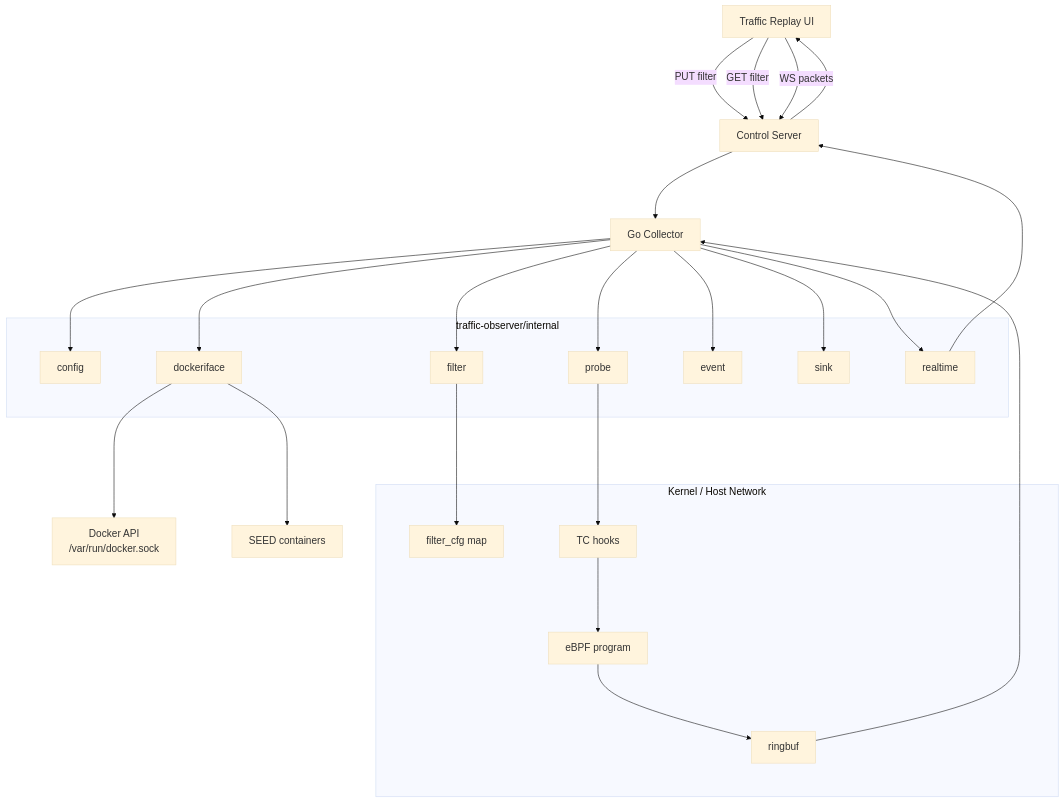
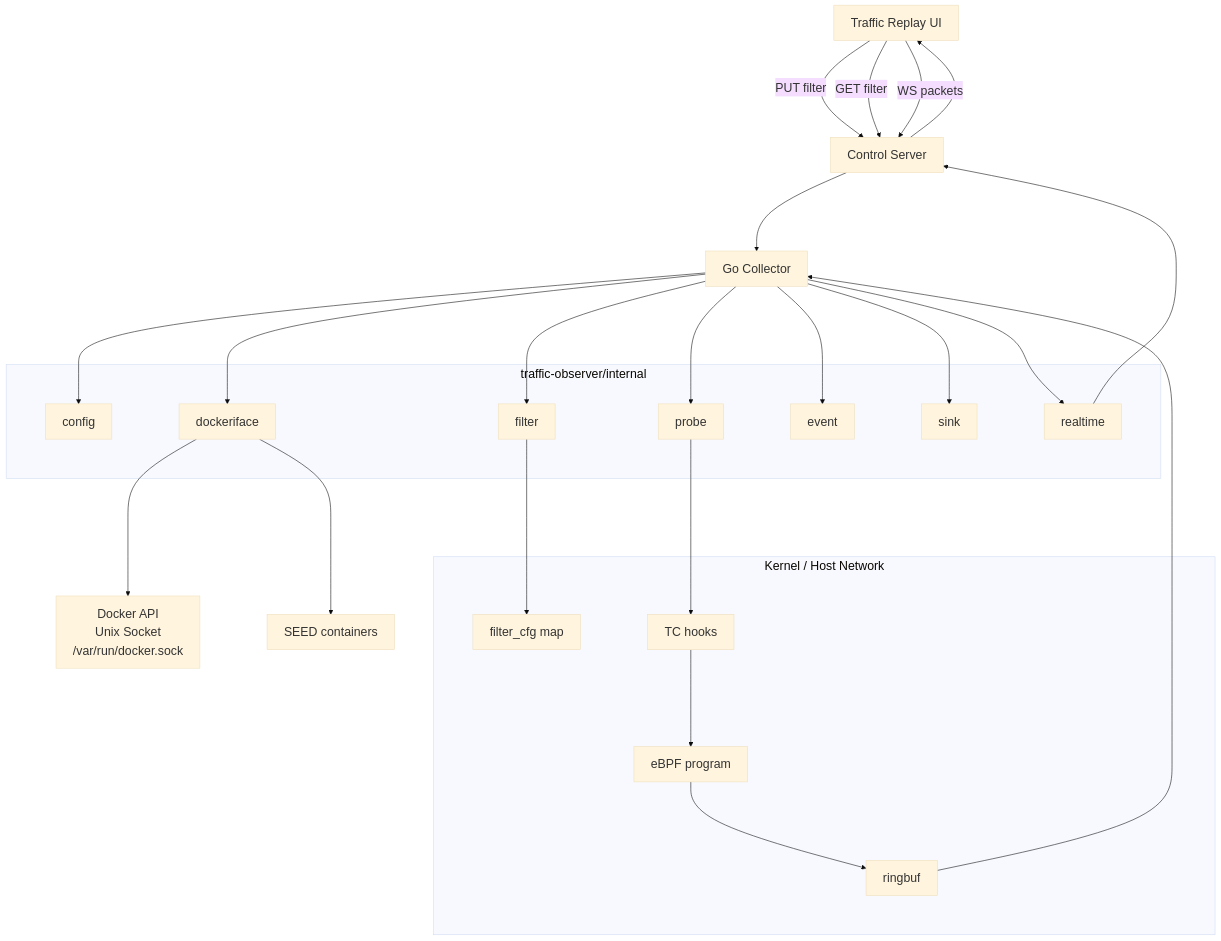
The eighth of 10 diagrams in docs/architecture.md (cy-gitlab/seed-visualization), drawn with Mermaid before and after one commit. The commit also changed other lines of this file, not shown here.

````diff
--- a/docs/architecture.md
+++ b/docs/architecture.md
@@ -198,50 +328,50 @@
 ```mermaid
-%%{init: {"theme": "base", "themeVariables": {"fontSize": "18px", "fontFamily": "Arial, Microsoft YaHei, sans-serif"}, "flowchart": {"htmlLabels": true, "nodeSpacing": 100, "rankSpacing": 120, "curve": "basis"}} }%%
+%%{init: {"theme": "base", "themeVariables": {"fontSize": "22px", "fontFamily": "Arial, Microsoft YaHei, sans-serif"}, "flowchart": {"htmlLabels": true, "nodeSpacing": 120, "rankSpacing": 140, "diagramPadding": 36, "wrappingWidth": 180, "curve": "basis"}} }%%
 flowchart TB
   Frontend["Traffic Replay UI"]
   Control["Control Server"]
   Collector["Go Collector"]
 
   subgraph Internal["traffic-observer/internal"]
     Config["config"]
     DockerIface["dockeriface"]
     Probe["probe"]
     Filter["filter"]
     Event["event"]
     Realtime["realtime"]
     Sink["sink"]
   end
 
   subgraph KernelPath["Kernel / Host Network"]
     TC["TC hooks"]
     BPF["eBPF program"]
     RingBuf["ringbuf"]
     FilterMap["filter_cfg map"]
   end
 
-  DockerAPI["Docker API<br/>/var/run/docker.sock"]
+  DockerAPI["Docker API<br/>Unix Socket<br/>/var/run/docker.sock"]
   Containers["SEED containers"]
 
   Frontend -->|"PUT filter"| Control
   Frontend -->|"GET filter"| Control
   Frontend -->|"WS packets"| Control
 
   Control --> Collector
   Collector --> Config
   Collector --> DockerIface
   DockerIface --> DockerAPI
   DockerIface --> Containers
 
   Collector --> Filter
   Filter --> FilterMap
   Collector --> Probe
   Probe --> TC
   TC --> BPF
   BPF --> RingBuf
   RingBuf --> Collector
   Collector --> Event
   Collector --> Sink
   Collector --> Realtime
   Realtime --> Control
   Control --> Frontend
 ```
````
